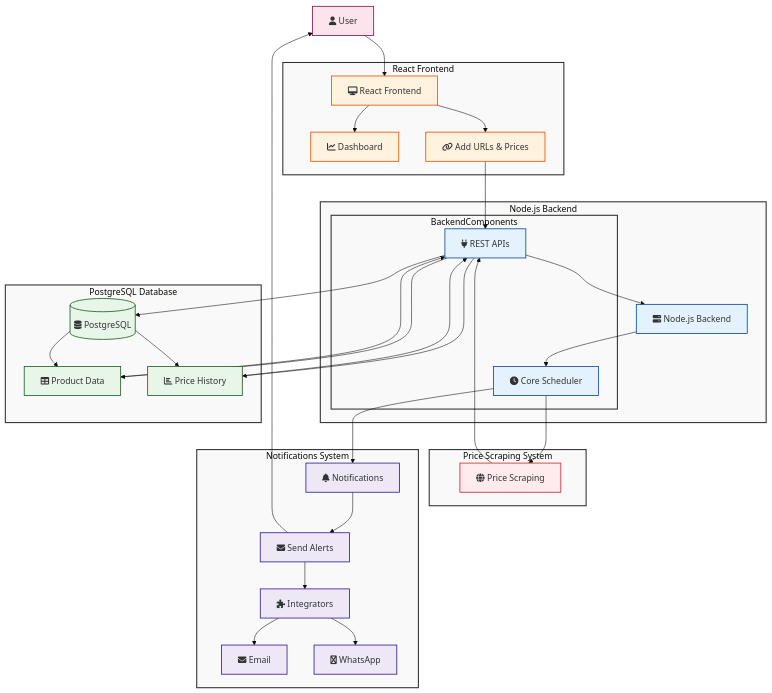
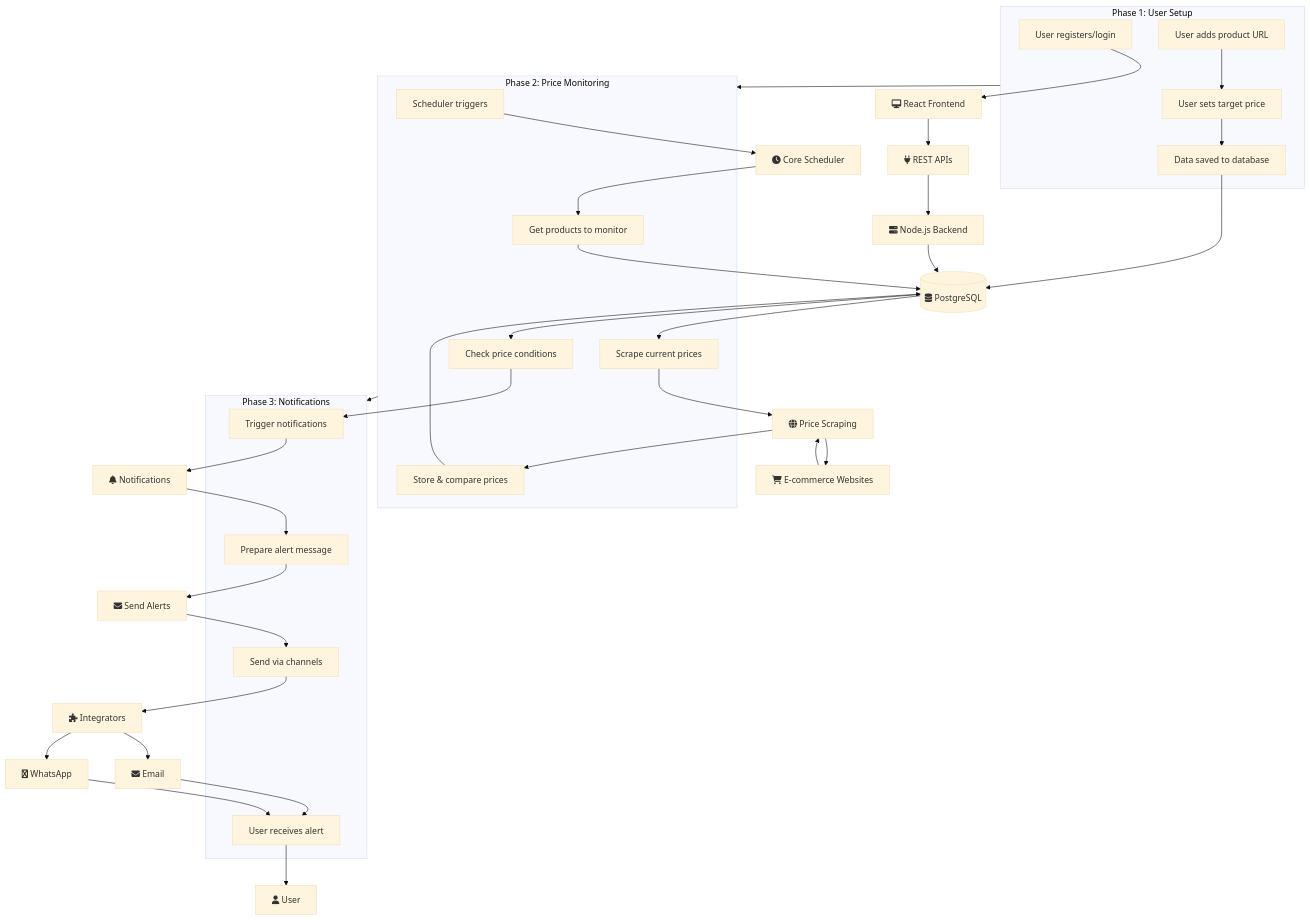
The diagram in README.md (chandini1727/PriceDrop_Detector), drawn with Mermaid (base theme) before and after one commit.

Commit message:
Revise architecture diagram with new flows
Updated architecture diagram to include user registration and notification flows.

````diff
--- a/README.md
+++ b/README.md
@@ -24,86 +24,74 @@
 ```mermaid
 flowchart TD
-    %% Style Definitions
-    classDef cluster fill:#f9f9f9,stroke:#333,stroke-width:2px
-    classDef backend fill:#e3f2fd,stroke:#0d47a1,stroke-width:1.5px
-    classDef database fill:#e8f5e9,stroke:#1b5e20,stroke-width:1.5px
-    classDef frontend fill:#fff3e0,stroke:#e65100,stroke-width:1.5px
-    classDef user fill:#fce4ec,stroke:#880e4f,stroke-width:1.5px
-    classDef notifications fill:#ede7f6,stroke:#311b92,stroke-width:1.5px
-    classDef scraping fill:#ffebee,stroke:#c62828,stroke-width:1.5px
+    User[fa:fa-user User]
+    ReactFrontend[fa:fa-desktop React Frontend]
+    RESTAPI[fa:fa-plug REST APIs]
+    NodeBackend[fa:fa-server Node.js Backend]
+    CoreScheduler[fa:fa-clock Core Scheduler]
+    PriceScraping[fa:fa-globe Price Scraping]
+    PostgreSQL[(fa:fa-database PostgreSQL)]
+    Notifications[fa:fa-bell Notifications]
+    SendAlerts[fa:fa-envelope Send Alerts]
+    Integrators[fa:fa-puzzle-piece Integrators]
+    Email[fa:fa-envelope Email]
+    WhatsApp[fa:fa-whatsapp WhatsApp]
+    ExternalSites[fa:fa-shopping-cart E-commerce Websites]
 
-    %% External Actor
-    User[fa:fa-user User]
-
-    subgraph Frontend [React Frontend]
-        ReactApp[fa:fa-desktop React Frontend]
-        Dashboard[fa:fa-chart-line Dashboard]
-        URLManager[fa:fa-link Add URLs & Prices]
+    %% User Registration & Setup Flow
+    subgraph Phase1 [Phase 1: User Setup]
+        U1[User registers/login]
+        U2[User adds product URL]
+        U3[User sets target price]
+        U4[Data saved to database]
     end
 
-    subgraph Backend [Node.js Backend]
-        NodeBackend[fa:fa-server Node.js Backend]
-        subgraph BackendComponents
-            RESTAPIs[fa:fa-plug REST APIs]
-            CoreScheduler[fa:fa-clock Core Scheduler]
-        end
+    %% Price Monitoring Flow
+    subgraph Phase2 [Phase 2: Price Monitoring]
+        M1[Scheduler triggers]
+        M2[Get products to monitor]
+        M3[Scrape current prices]
+        M4[Store & compare prices]
+        M5[Check price conditions]
     end
 
-    subgraph Database [PostgreSQL Database]
-        PostgreSQL[(fa:fa-database PostgreSQL)]
-        ProductData[fa:fa-table Product Data]
-        PriceHistory[fa:fa-chart-bar Price History]
+    %% Notification Flow
+    subgraph Phase3 [Phase 3: Notifications]
+        N1[Trigger notifications]
+        N2[Prepare alert message]
+        N3[Send via channels]
+        N4[User receives alert]
     end
 
-    subgraph Scraping [Price Scraping System]
-        PriceScraping[fa:fa-globe Price Scraping]
-    end
+    %% Complete Flow Connections
+    Phase1 --> Phase2
+    Phase2 --> Phase3
 
-    subgraph Notifications [Notifications System]
-        NotificationsService[fa:fa-bell Notifications]
-        SendAlerts[fa:fa-envelope Send Alerts]
-        Integrators[fa:fa-puzzle-piece Integrators]
-        Email[fa:fa-envelope Email]
-        WhatsApp[fa:fa-whatsapp WhatsApp]
-    end
+    %% Detailed Connections
+    U1 --> ReactFrontend
+    ReactFrontend --> RESTAPI
+    RESTAPI --> NodeBackend
+    NodeBackend --> PostgreSQL
+    U2 --> U3 --> U4 --> PostgreSQL
 
-    %% User Flow
-    User --> ReactApp
-    ReactApp --> Dashboard
-    ReactApp --> URLManager
-    URLManager --> RESTAPIs
-
-    %% Backend Flow
-    RESTAPIs --> NodeBackend
-    NodeBackend --> CoreScheduler
-    CoreScheduler --> PriceScraping
-    
-    %% Data Flow
-    PriceScraping --> RESTAPIs
-    RESTAPIs --> PostgreSQL
-    PostgreSQL --> ProductData
-    PostgreSQL --> PriceHistory
-
-    %% Notification Flow
-    CoreScheduler --> NotificationsService
-    NotificationsService --> SendAlerts
-    SendAlerts --> Integrators
+    M1 --> CoreScheduler
+    CoreScheduler --> M2
+    M2 --> PostgreSQL
+    PostgreSQL --> M3
+    M3 --> PriceScraping
+    PriceScraping --> ExternalSites
+    ExternalSites --> PriceScraping
+    PriceScraping --> M4
+    M4 --> PostgreSQL
+    PostgreSQL --> M5
+    M5 --> N1
+    N1 --> Notifications
+    Notifications --> N2
+    N2 --> SendAlerts
+    SendAlerts --> N3
+    N3 --> Integrators
     Integrators --> Email
     Integrators --> WhatsApp
-    SendAlerts --> User
-
-    %% Database Operations
-    RESTAPIs --> ProductData
-    RESTAPIs --> PriceHistory
-    ProductData --> RESTAPIs
-    PriceHistory --> RESTAPIs
-
-    %% Apply Styles
-    class User user
-    class NodeBackend,RESTAPIs,CoreScheduler backend
-    class PostgreSQL,ProductData,PriceHistory database
-    class ReactApp,Dashboard,URLManager frontend
-    class NotificationsService,SendAlerts,Integrators,Email,WhatsApp notifications
-    class PriceScraping scraping
-    class Frontend,Backend,Database,Notifications,Scraping cluster
+    Email --> N4
+    WhatsApp --> N4
+    N4 --> User
 ```
````
